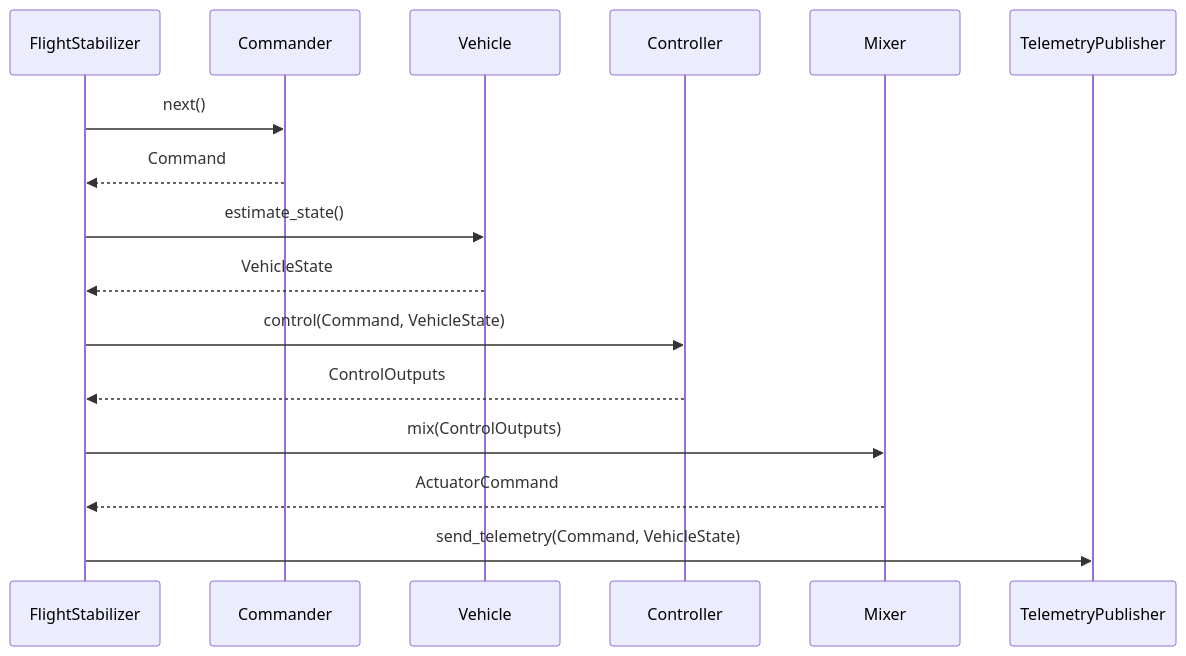
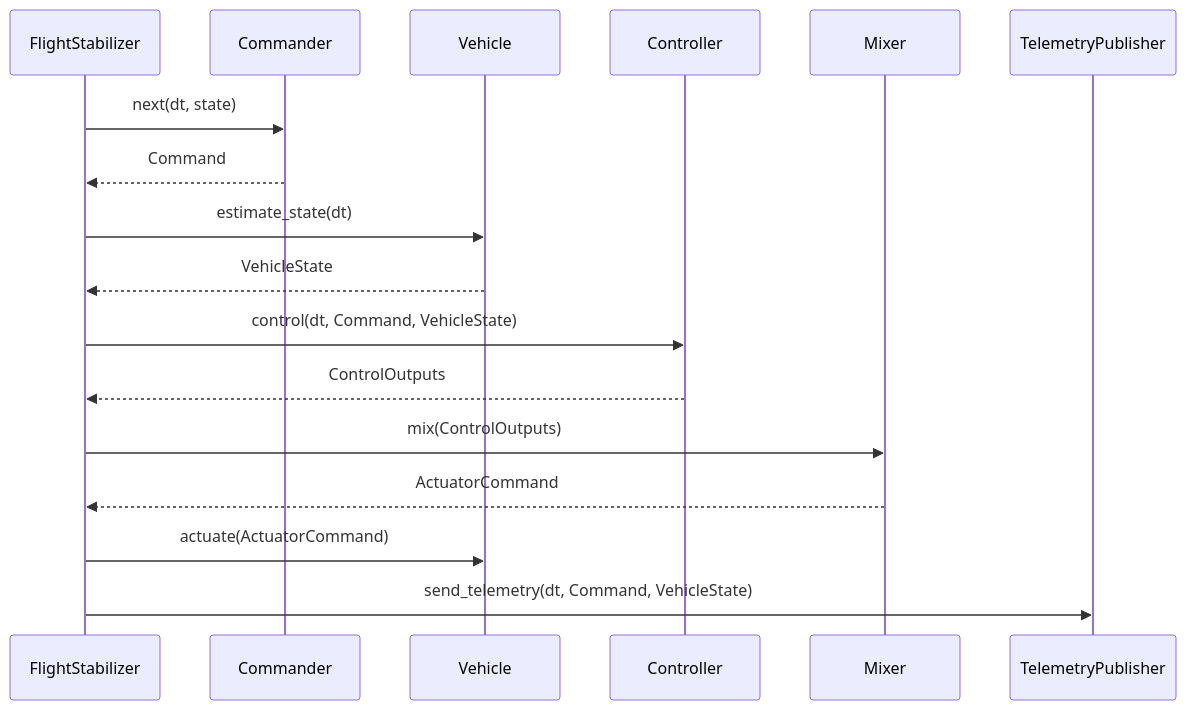
Before and after one commit to wboayue/stable-flight: the diagram in architecture.md, drawn with Mermaid. The commit also changed other lines of this file, not shown here.

````diff
--- a/architecture.md
+++ b/architecture.md
@@ -13,19 +17,20 @@
 ```mermaid
 sequenceDiagram
     participant FlightStabilizer
     participant Commander
     participant Vehicle
     participant Controller
     participant Mixer
     participant TelemetryPublisher
 
-    FlightStabilizer->>Commander: next()
+    FlightStabilizer->>Commander: next(dt, state)
     Commander-->>FlightStabilizer: Command
-    FlightStabilizer->>Vehicle: estimate_state()
+    FlightStabilizer->>Vehicle: estimate_state(dt)
     Vehicle-->>FlightStabilizer: VehicleState
-    FlightStabilizer->>Controller: control(Command, VehicleState)
+    FlightStabilizer->>Controller: control(dt, Command, VehicleState)
     Controller-->>FlightStabilizer: ControlOutputs
     FlightStabilizer->>Mixer: mix(ControlOutputs)
     Mixer-->>FlightStabilizer: ActuatorCommand
-    FlightStabilizer->>TelemetryPublisher: send_telemetry(Command, VehicleState)
+    FlightStabilizer->>Vehicle: actuate(ActuatorCommand)
+    FlightStabilizer->>TelemetryPublisher: send_telemetry(dt, Command, VehicleState)
 ```
````
